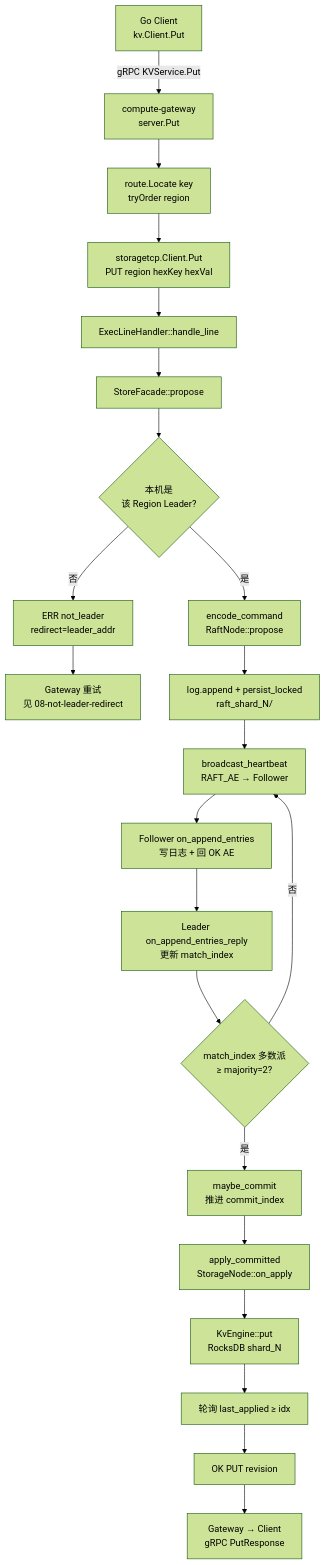
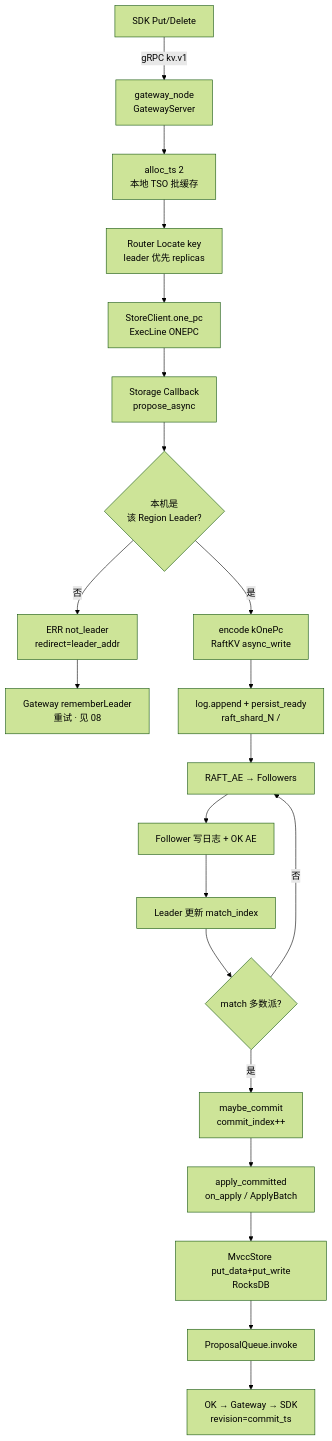
Before and after one commit to devotionalist/openkv: the diagram in docs/flows/01-write-put.md, drawn with Mermaid (forest theme). The commit also changed other lines of this file and 167 other files, not shown here.

First line of the commit message:
Ship C++ gateway with async write-path batching and refresh docs.

````diff
--- a/docs/flows/01-write-put.md
+++ b/docs/flows/01-write-put.md
@@ -9,24 +18,23 @@
 ```mermaid
 flowchart TD
-  A[Go Client<br/>kv.Client.Put] -->|gRPC KVService.Put| B[compute-gateway<br/>server.Put]
-  B --> C[route.Locate key<br/>tryOrder region]
-  C --> D[storagetcp.Client.Put<br/>PUT region hexKey hexVal]
-  D --> E[ExecLineHandler::handle_line]
-  E --> F[StoreFacade::propose]
-  F --> G{本机是<br/>该 Region Leader?}
-  G -->|否| H[ERR not_leader<br/>redirect=leader_addr]
-  H --> R[Gateway 重试<br/>见 08-not-leader-redirect]
-  G -->|是| I[encode_command<br/>RaftNode::propose]
-  I --> J[log.append + persist_locked<br/>raft_shard_N/]
-  J --> K[broadcast_heartbeat<br/>RAFT_AE → Follower]
-  K --> L[Follower on_append_entries<br/>写日志 + 回 OK AE]
-  L --> M[Leader on_append_entries_reply<br/>更新 match_index]
-  M --> N{match_index 多数派<br/>≥ majority=2?}
+  A[SDK Put/Delete] -->|gRPC kv.v1| B[gateway_node<br/>GatewayServer]
+  B --> T[alloc_ts 2<br/>本地 TSO 批缓存]
+  T --> C[Router Locate key<br/>leader 优先 replicas]
+  C --> D[StoreClient.one_pc<br/>ExecLine ONEPC]
+  D --> E[Storage Callback<br/>propose_async]
+  E --> F{本机是<br/>该 Region Leader?}
+  F -->|否| H[ERR not_leader<br/>redirect=leader_addr]
+  H --> R[Gateway rememberLeader<br/>重试 · 见 08]
+  F -->|是| I[encode kOnePc<br/>RaftKV async_write]
+  I --> J[log.append + persist_ready<br/>raft_shard_N /]
+  J --> K[RAFT_AE → Followers]
+  K --> L[Follower 写日志 + OK AE]
+  L --> M[Leader 更新 match_index]
+  M --> N{match 多数派?}
   N -->|否| K
-  N -->|是| O[maybe_commit<br/>推进 commit_index]
-  O --> P[apply_committed<br/>StorageNode::on_apply]
-  P --> Q[KvEngine::put<br/>RocksDB shard_N]
-  Q --> S[轮询 last_applied ≥ idx]
-  S --> T[OK PUT revision]
-  T --> U[Gateway → Client<br/>gRPC PutResponse]
+  N -->|是| O[maybe_commit<br/>commit_index++]
+  O --> P[apply_committed<br/>on_apply / ApplyBatch]
+  P --> Q[MvccStore put_data+put_write<br/>RocksDB]
+  Q --> S[ProposalQueue.invoke]
+  S --> U[OK → Gateway → SDK<br/>revision=commit_ts]
 ```
````
